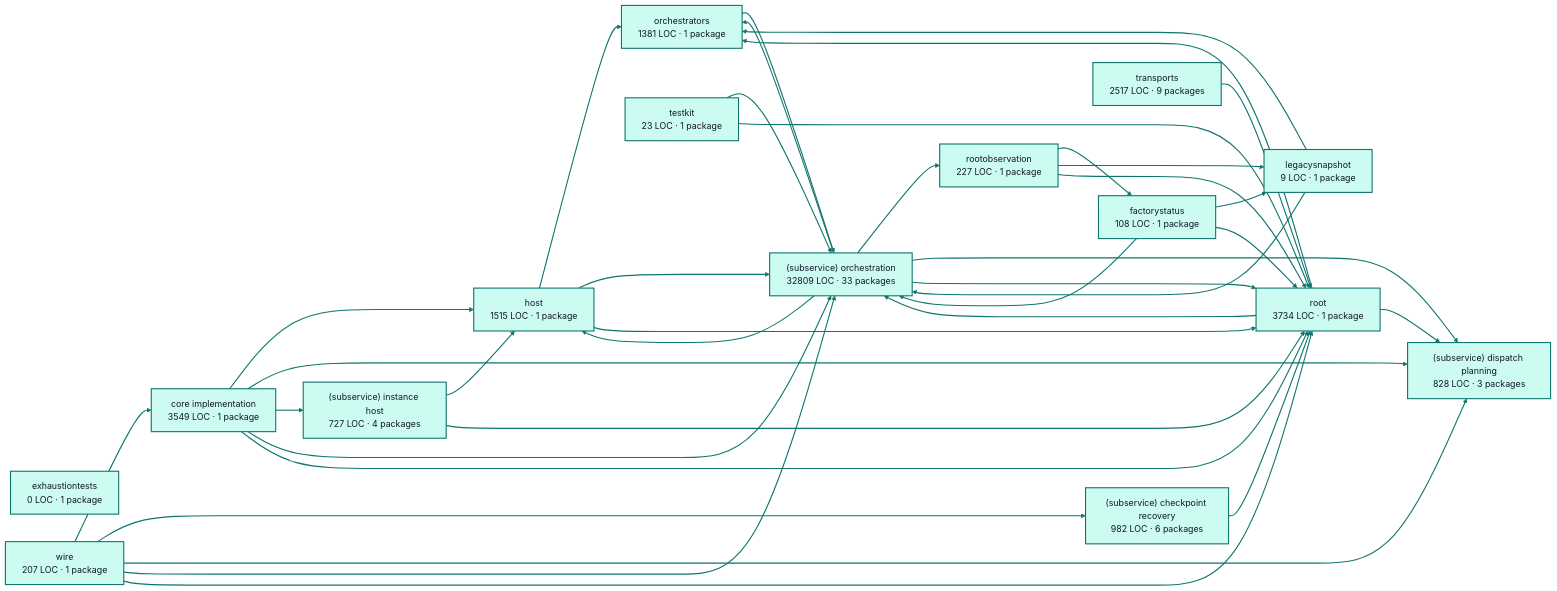
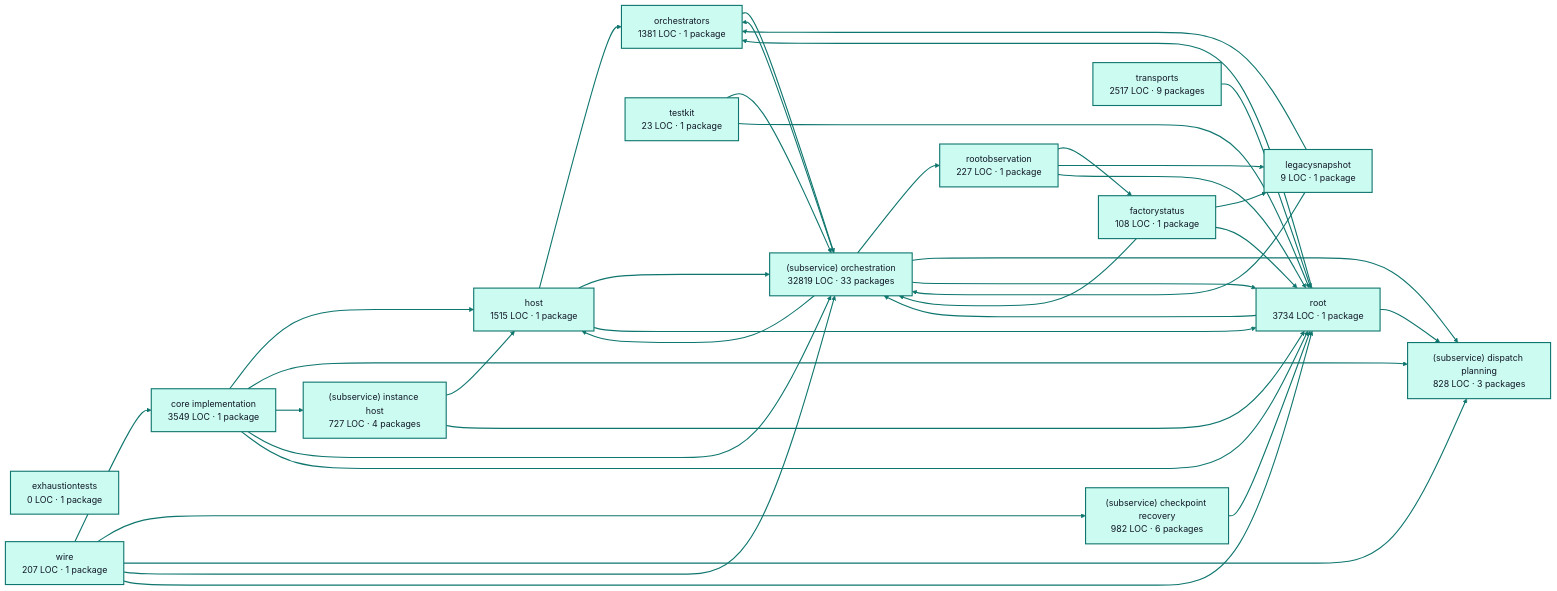
The diagram in docs/architecture/visualizations/services/factory_runtime.md (portpowered/you-agent-factory), drawn with Mermaid before and after one commit. The commit also changed other lines of this file and 20 other files, not shown here.

Commit message:
docs: refresh backend architecture visualizations

````diff
--- a/docs/architecture/visualizations/services/factory_runtime.md
+++ b/docs/architecture/visualizations/services/factory_runtime.md
@@ -11,70 +11,70 @@
 ```mermaid
 flowchart LR
   p0["core implementation<br/>3549 LOC · 1 package"]
   p1["exhaustiontests<br/>0 LOC · 1 package"]
   p2["factorystatus<br/>108 LOC · 1 package"]
   p3["host<br/>1515 LOC · 1 package"]
   p4["legacysnapshot<br/>9 LOC · 1 package"]
   p5["orchestrators<br/>1381 LOC · 1 package"]
   p6["rootobservation<br/>227 LOC · 1 package"]
   p7["(subservice) checkpoint recovery<br/>982 LOC · 6 packages"]
   p8["(subservice) dispatch planning<br/>828 LOC · 3 packages"]
   p9["(subservice) instance host<br/>727 LOC · 4 packages"]
-  p10["(subservice) orchestration<br/>32809 LOC · 33 packages"]
+  p10["(subservice) orchestration<br/>32819 LOC · 33 packages"]
   p11["testkit<br/>23 LOC · 1 package"]
   p12["root<br/>3734 LOC · 1 package"]
   p13["transports<br/>2517 LOC · 9 packages"]
   p14["wire<br/>207 LOC · 1 package"]
   p0 --> p3
   p0 --> p8
   p0 --> p9
   p0 --> p10
   p0 --> p12
   p2 --> p4
   p2 --> p10
   p2 --> p12
   p3 --> p5
   p3 --> p10
   p3 --> p12
   p4 --> p5
   p4 --> p10
   p5 --> p10
   p6 --> p2
   p6 --> p4
   p6 --> p12
   p7 --> p12
   p9 --> p3
   p9 --> p12
   p10 --> p3
   p10 --> p5
   p10 --> p6
   p10 --> p8
   p10 --> p12
   p11 --> p10
   p11 --> p12
   p12 --> p5
   p12 --> p8
   p12 --> p10
   p13 --> p12
   p14 --> p0
   p14 --> p7
   p14 --> p8
   p14 --> p10
   p14 --> p12
   style p0 fill:#ccfbf1,stroke:#0f766e,stroke-width:2px,color:#111827
   style p1 fill:#ccfbf1,stroke:#0f766e,stroke-width:2px,color:#111827
   style p2 fill:#ccfbf1,stroke:#0f766e,stroke-width:2px,color:#111827
   style p3 fill:#ccfbf1,stroke:#0f766e,stroke-width:2px,color:#111827
   style p4 fill:#ccfbf1,stroke:#0f766e,stroke-width:2px,color:#111827
   style p5 fill:#ccfbf1,stroke:#0f766e,stroke-width:2px,color:#111827
   style p6 fill:#ccfbf1,stroke:#0f766e,stroke-width:2px,color:#111827
   style p7 fill:#ccfbf1,stroke:#0f766e,stroke-width:2px,color:#111827
   style p8 fill:#ccfbf1,stroke:#0f766e,stroke-width:2px,color:#111827
   style p9 fill:#ccfbf1,stroke:#0f766e,stroke-width:2px,color:#111827
   style p10 fill:#ccfbf1,stroke:#0f766e,stroke-width:2px,color:#111827
   style p11 fill:#ccfbf1,stroke:#0f766e,stroke-width:2px,color:#111827
   style p12 fill:#ccfbf1,stroke:#0f766e,stroke-width:2px,color:#111827
   style p13 fill:#ccfbf1,stroke:#0f766e,stroke-width:2px,color:#111827
   style p14 fill:#ccfbf1,stroke:#0f766e,stroke-width:2px,color:#111827
   linkStyle default stroke:#0f766e,stroke-width:2px
 ```
````
